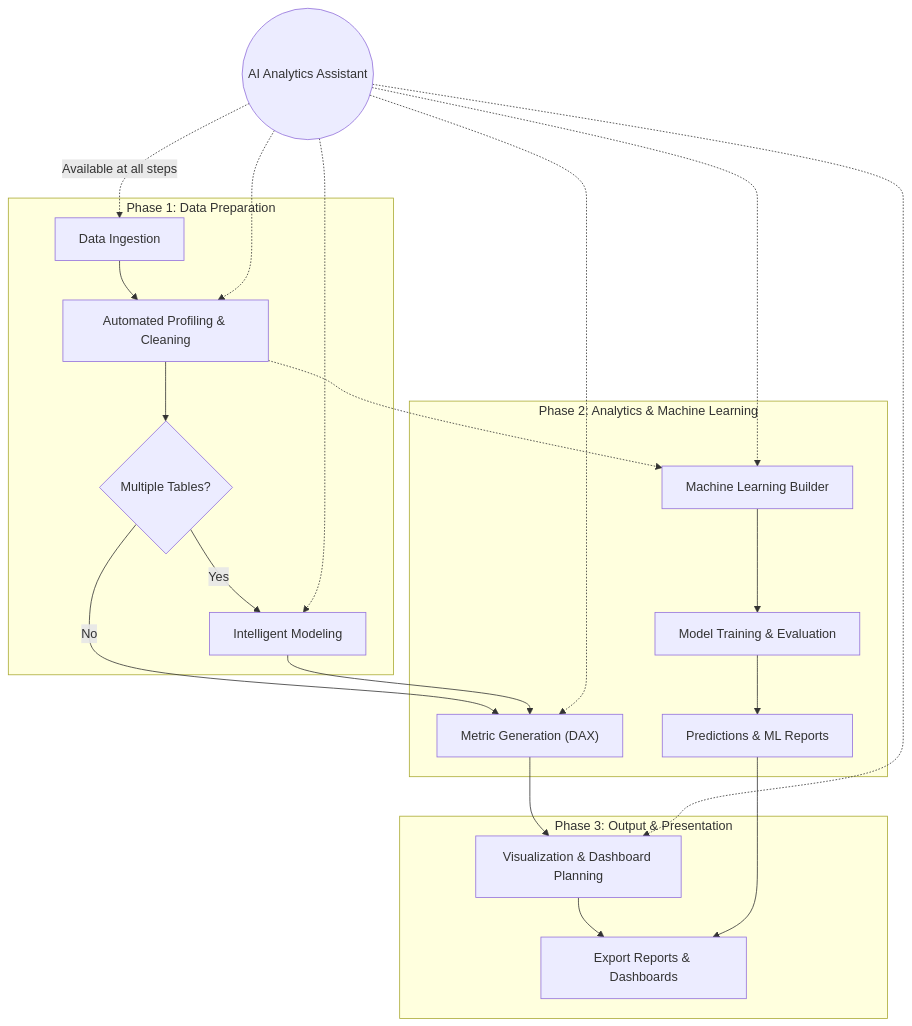
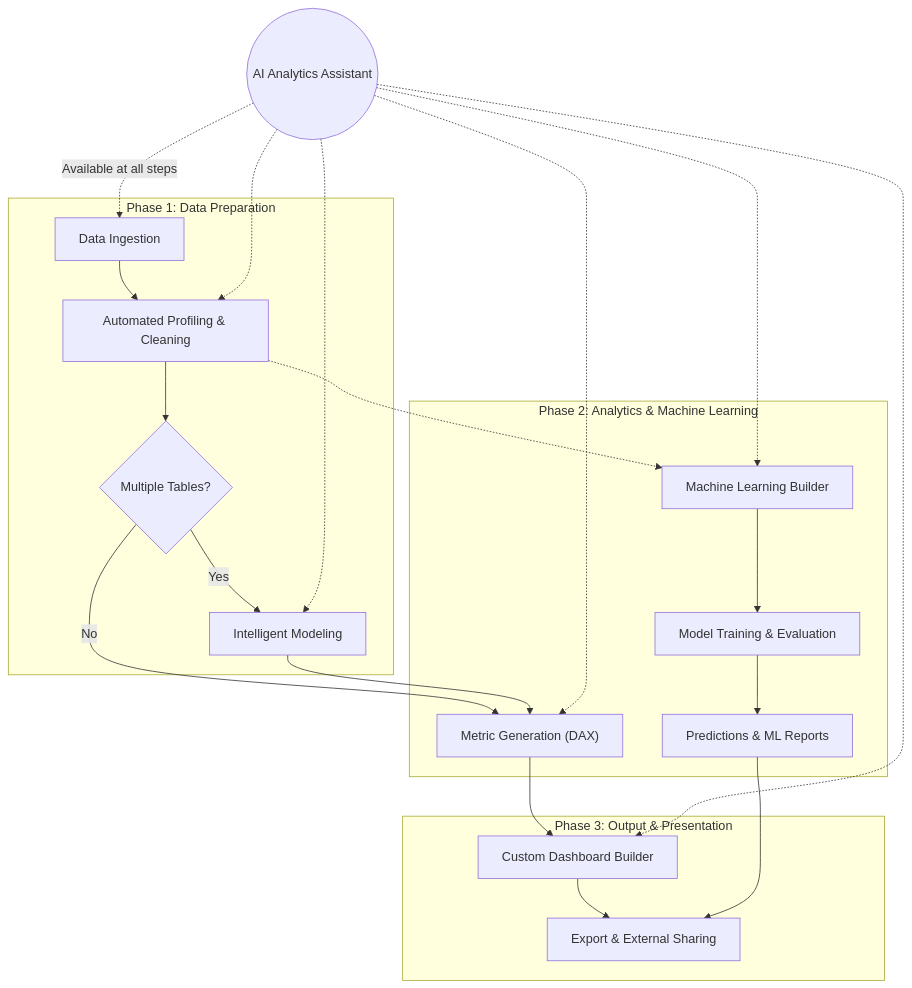
Before and after one commit to arththakkar1/insight-flow-web-app: the diagram in doc/explanation/user-workflows.md, drawn with Mermaid. The commit also changed other lines of this file and 15 other files, not shown here.

````diff
--- a/doc/explanation/user-workflows.md
+++ b/doc/explanation/user-workflows.md
@@ -9,29 +9,29 @@
 ```mermaid
 graph TD
     subgraph "Phase 1: Data Preparation"
         A["Data Ingestion"] --> B["Automated Profiling & Cleaning"]
         B --> C{"Multiple Tables?"}
         C -- "Yes" --> D["Intelligent Modeling"]
     end
     
     subgraph "Phase 2: Analytics & Machine Learning"
         C -- "No" --> E["Metric Generation (DAX)"]
         D --> E
         B -.-> ML1["Machine Learning Builder"]
         ML1 --> ML2["Model Training & Evaluation"]
         ML2 --> ML3["Predictions & ML Reports"]
     end
     
     subgraph "Phase 3: Output & Presentation"
-        E --> F["Visualization & Dashboard Planning"]
-        F --> H["Export Reports & Dashboards"]
+        E --> F["Custom Dashboard Builder"]
+        F --> H["Export & External Sharing"]
         ML3 --> H
     end
     
     G(("AI Analytics Assistant")) -.-> |"Available at all steps"| A
     G -.-> B
     G -.-> D
     G -.-> E
     G -.-> F
     G -.-> ML1
 ```
````
